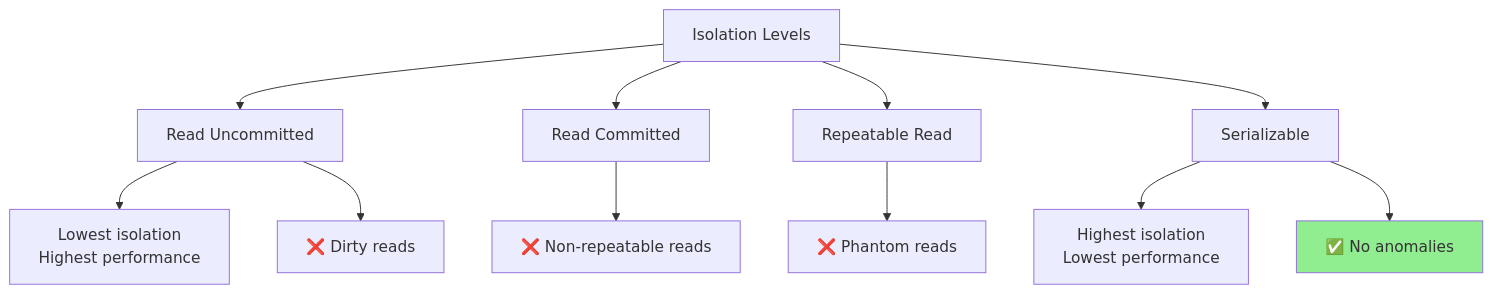
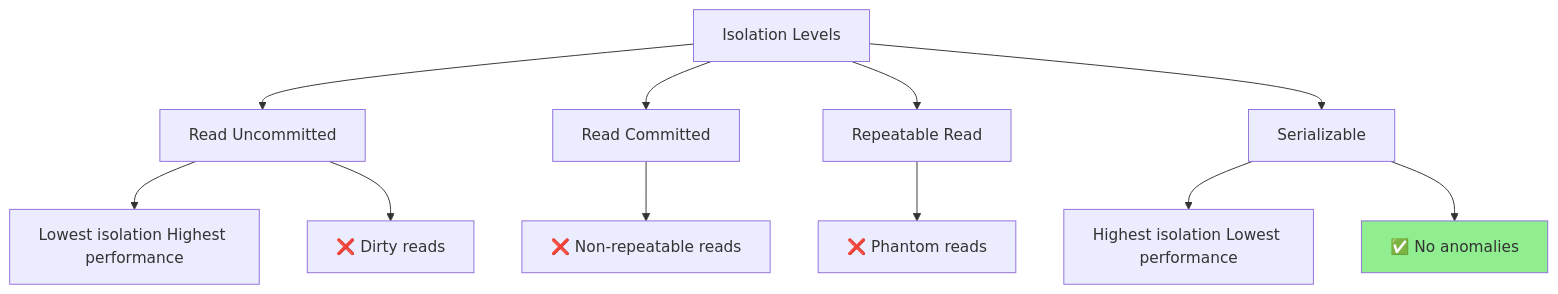
The ninth of 39 diagrams in Distributed_Concurrency_Control_Guide.md (p1kmr/for-reading), drawn with Mermaid before and after one commit. The commit also changed other lines of this file and 2 other files, not shown here.

Commit message:
Fix Mermaid rendering issues in Databases and Message Queues guides by simplifying complex diagrams

````diff
--- a/Distributed_Concurrency_Control_Guide.md
+++ b/Distributed_Concurrency_Control_Guide.md
@@ -274,17 +274,17 @@
 ```mermaid
 graph TD
     A[Isolation Levels] --> B[Read Uncommitted]
     A --> C[Read Committed]
     A --> D[Repeatable Read]
     A --> E[Serializable]
 
-    B --> F[Lowest isolation<br/>Highest performance]
-    E --> G[Highest isolation<br/>Lowest performance]
+    B --> F[Lowest isolation Highest performance]
+    E --> G[Highest isolation Lowest performance]
 
     B --> H[❌ Dirty reads]
     C --> I[❌ Non-repeatable reads]
     D --> J[❌ Phantom reads]
     E --> K[✅ No anomalies]
 
     style K fill:#90EE90
 ```
````
